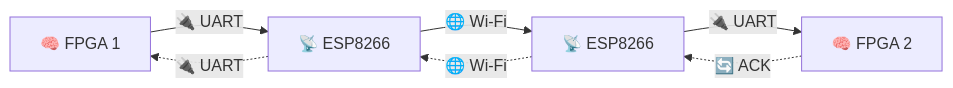
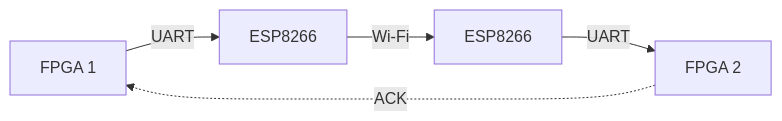
One commit to Shraddhadubey09/FPGA-Based-Real-Time-Industrial-Control-over-Wireless-Networks changed the diagram in README.md. Above: the diagram before and after it, drawn with Mermaid. The commit also changed other lines of this file, not shown here.

````diff
--- a/README.md
+++ b/README.md
@@ -18,10 +12,7 @@
 ```mermaid
 flowchart LR
-    A["🧠 FPGA 1"] -->|"🔌 UART"| B["📡 ESP8266"]
-    B -->|"🌐 Wi-Fi"| C["📡 ESP8266"]
-    C -->|"🔌 UART"| D["🧠 FPGA 2"]
-
-    D -. "🔄 ACK" .-> C
-    C -. "🌐 Wi-Fi" .-> B
-    B -. "🔌 UART" .-> A
+    A[FPGA 1] -->|UART| B[ESP8266]
+    B -->|Wi-Fi| C[ESP8266]
+    C -->|UART| D[FPGA 2]
+    D -.->|ACK| A
 ```
````
